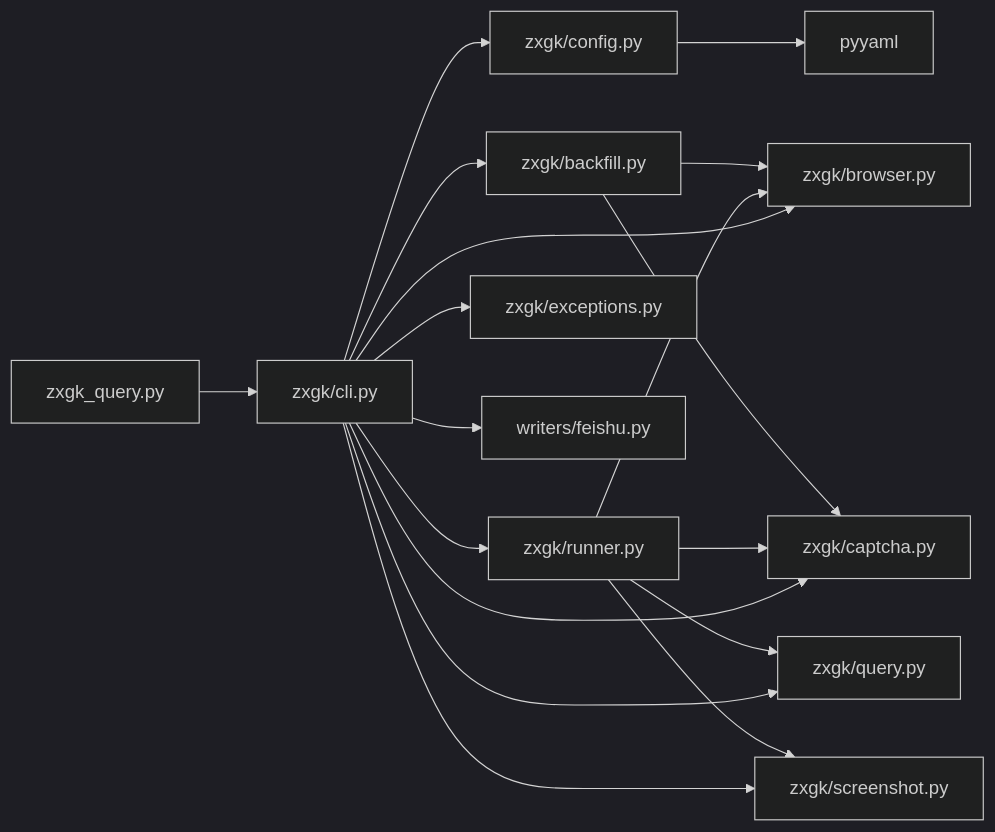
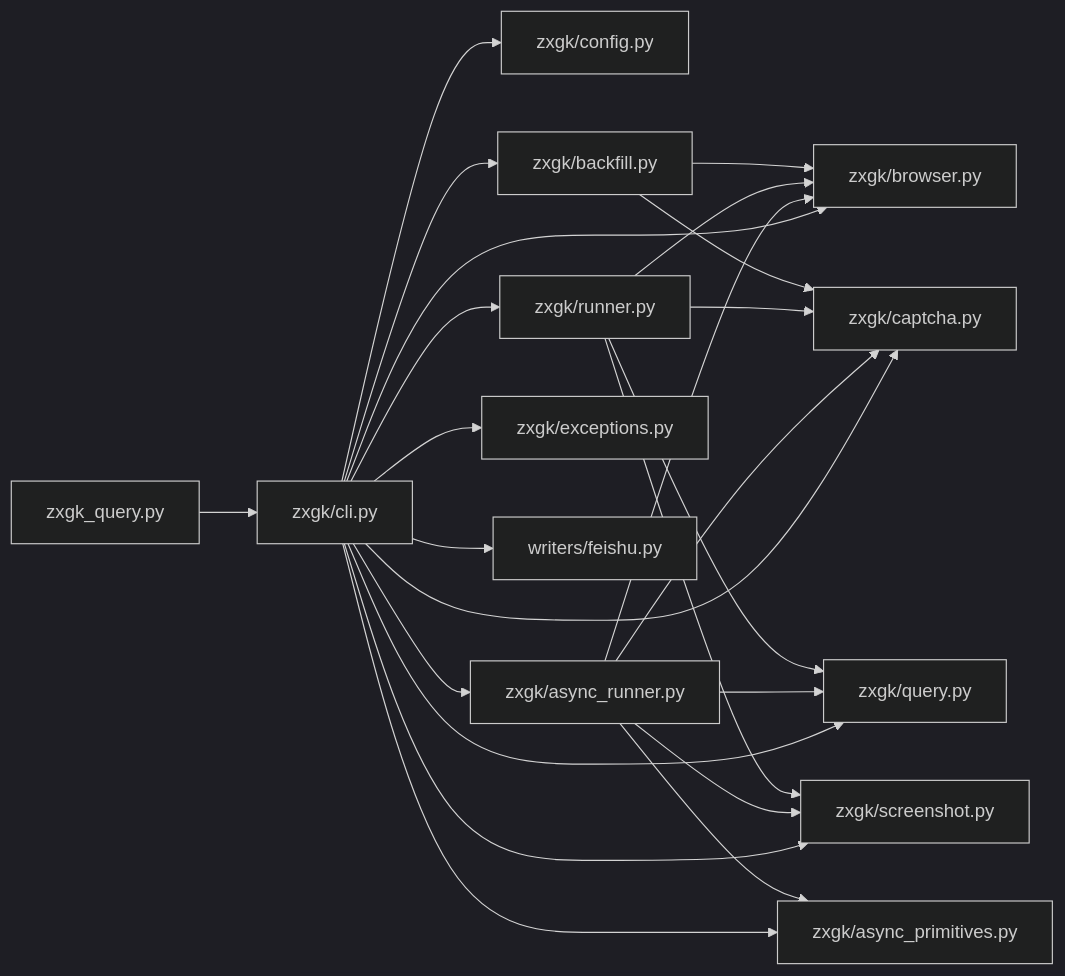
Before and after one commit to supotato-ipj/zxgk_auto_query-skill: the fourth of 4 diagrams in .qoder/repowiki/en/content/CLI Interface Reference.md, drawn with Mermaid (dark theme). The commit also changed other lines of this file and 19 other files, not shown here.

````diff
--- a/.qoder/repowiki/en/content/CLI Interface Reference.md
+++ b/.qoder/repowiki/en/content/CLI Interface Reference.md
@@ -519,20 +614,26 @@
 ```mermaid
 graph LR
 Entry["zxgk_query.py"] --> CLI["zxgk/cli.py"]
 CLI --> Config["zxgk/config.py"]
 CLI --> Runner["zxgk/runner.py"]
+CLI --> AsyncRunner["zxgk/async_runner.py"]
 CLI --> Backfill["zxgk/backfill.py"]
 CLI --> Browser["zxgk/browser.py"]
 CLI --> Captcha["zxgk/captcha.py"]
 CLI --> Query["zxgk/query.py"]
 CLI --> Screenshot["zxgk/screenshot.py"]
 CLI --> Exceptions["zxgk/exceptions.py"]
 CLI --> Writers["writers/feishu.py"]
-Config --> YAML["pyyaml"]
+CLI --> AsyncPrimitives["zxgk/async_primitives.py"]
+AsyncRunner --> AsyncPrimitives
+AsyncRunner --> Browser
+AsyncRunner --> Captcha
+AsyncRunner --> Query
+AsyncRunner --> Screenshot
 Runner --> Browser
 Runner --> Captcha
 Runner --> Query
 Runner --> Screenshot
 Backfill --> Browser
 Backfill --> Captcha
 ```
````
